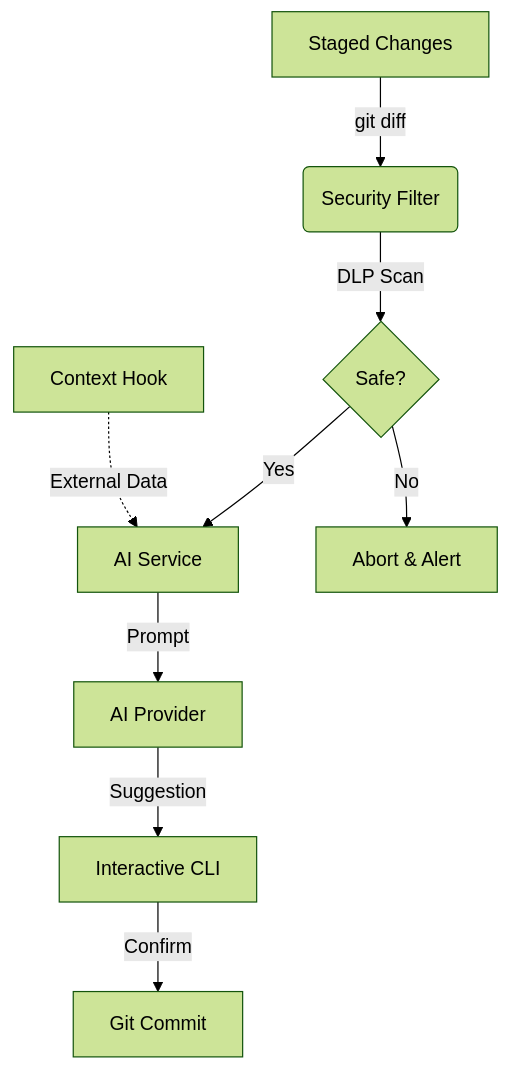
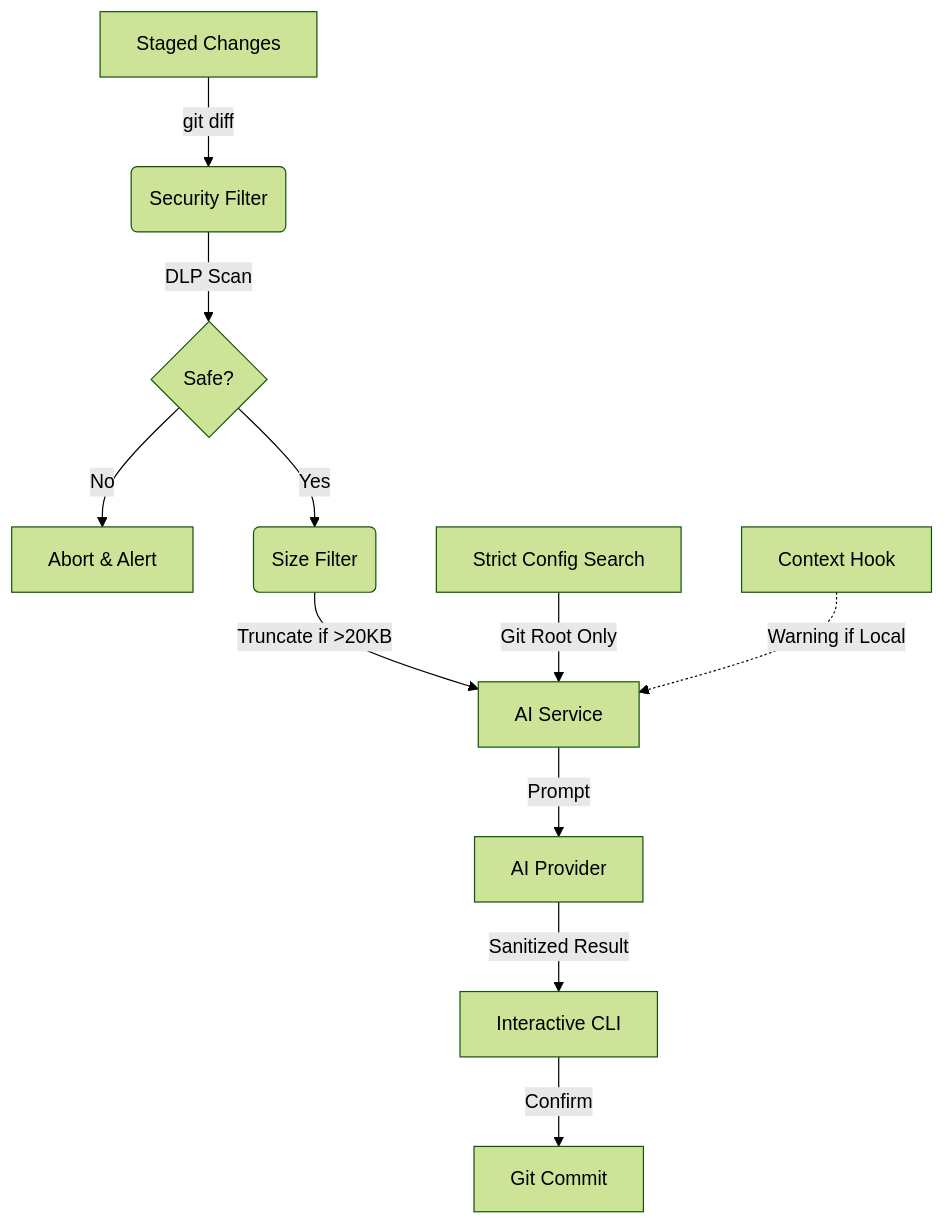
Before and after one commit to chachachavito/self-commit: the diagram in README.md, drawn with Mermaid (forest theme). The commit also changed other lines of this file and 5 other files, not shown here.

````diff
--- a/README.md
+++ b/README.md
@@ -35,11 +35,13 @@
 ```mermaid
 graph TD
     A[Staged Changes] -->|git diff| B(Security Filter)
     B -->|DLP Scan| C{Safe?}
-    C -->|Yes| D[AI Service]
     C -->|No| E[Abort & Alert]
-    F[Context Hook] -.->|External Data| D
+    C -->|Yes| J(Size Filter)
+    J -->|Truncate if >20KB| D[AI Service]
+    K[Strict Config Search] -->|Git Root Only| D
+    F[Context Hook] -.->|Warning if Local| D
     D -->|Prompt| G[AI Provider]
-    G -->|Suggestion| H[Interactive CLI]
+    G -->|Sanitized Result| H[Interactive CLI]
     H -->|Confirm| I[Git Commit]
 ```
````
